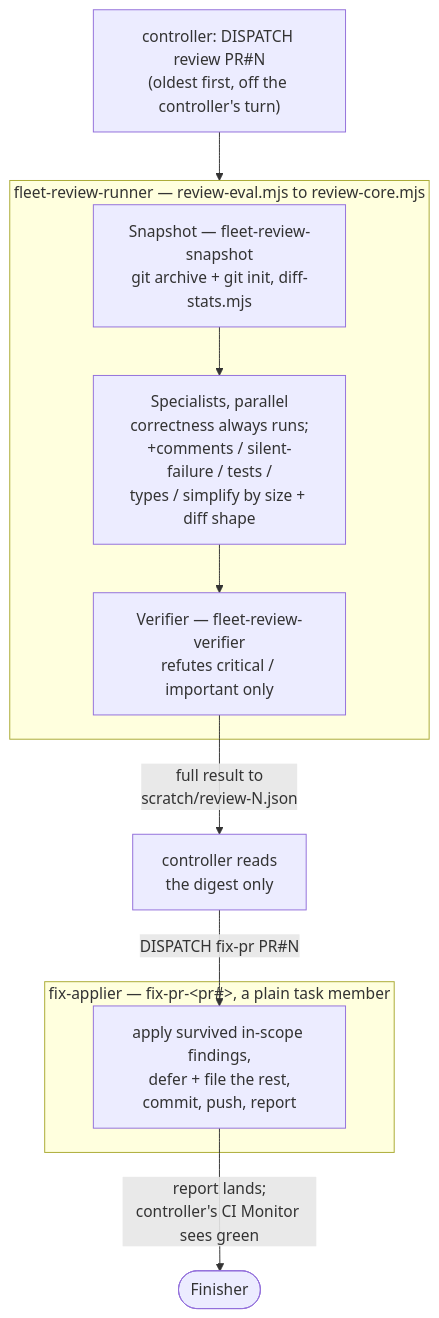
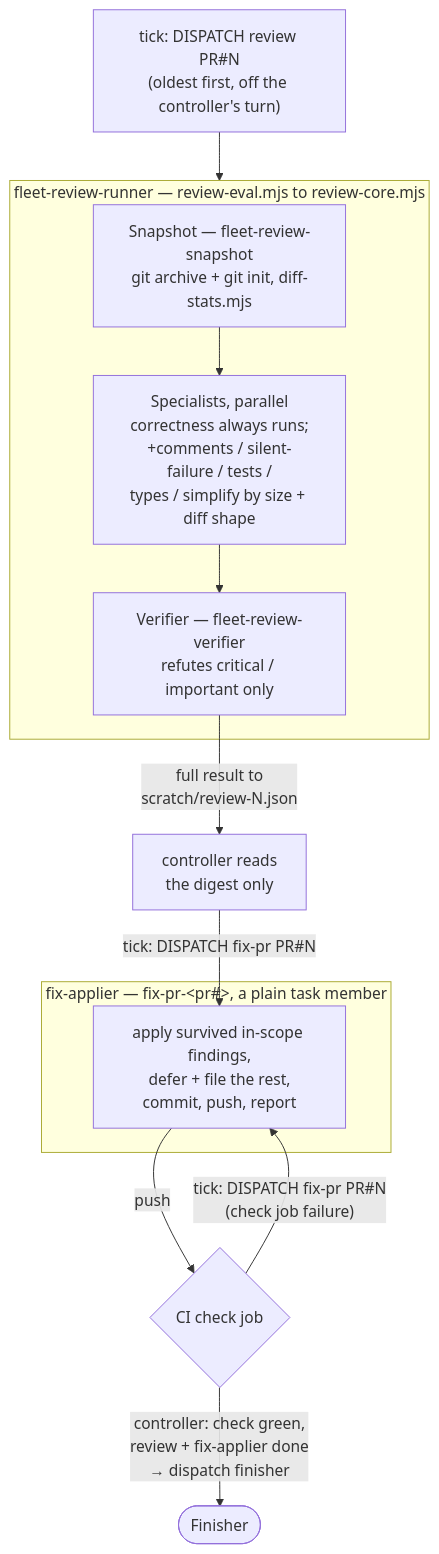
The diagram in docs/components/reviewer.md (feigi/fleet-plugin), drawn with Mermaid before and after one commit. The commit also changed other lines of this file and 17 other files, not shown here.

Commit message:
docs: conciseness pass on component pages, corrected diagrams

````diff
--- a/docs/components/reviewer.md
+++ b/docs/components/reviewer.md
@@ -44,20 +45,22 @@
 ```mermaid
 flowchart TD
-    DISPATCH["controller: DISPATCH review PR#N<br/>(oldest first, off the controller's turn)"] --> RUNNER
+    DISPATCH["tick: DISPATCH review PR#N<br/>(oldest first, off the controller's turn)"] --> RUNNER
 
     subgraph RUNNER["fleet-review-runner — review-eval.mjs to review-core.mjs"]
         SNAP["Snapshot — fleet-review-snapshot<br/>git archive + git init, diff-stats.mjs"]
         SPEC["Specialists, parallel<br/>correctness always runs;<br/>+comments / silent-failure / tests /<br/>types / simplify by size + diff shape"]
         VERI["Verifier — fleet-review-verifier<br/>refutes critical / important only"]
         SNAP --> SPEC --> VERI
     end
 
     VERI -->|"full result to<br/>scratch/review-N.json"| CTRL["controller reads<br/>the digest only"]
-    CTRL -->|"DISPATCH fix-pr PR#N"| FIX
+    CTRL -->|"tick: DISPATCH fix-pr PR#N"| FIX
 
     subgraph FIXSUB["fix-applier — fix-pr-&lt;pr#&gt;, a plain task member"]
         FIX["apply survived in-scope findings,<br/>defer + file the rest,<br/>commit, push, report"]
     end
 
-    FIX -->|"report lands;<br/>controller's CI Monitor sees green"| FINISH(["Finisher"])
+    FIX -->|"push"| CIJOB{"CI check job"}
+    CIJOB -->|"tick: DISPATCH fix-pr PR#N<br/>(check job failure)"| FIX
+    CIJOB -->|"controller: check green,<br/>review + fix-applier done<br/>→ dispatch finisher"| FINISH(["Finisher"])
 ```
````
